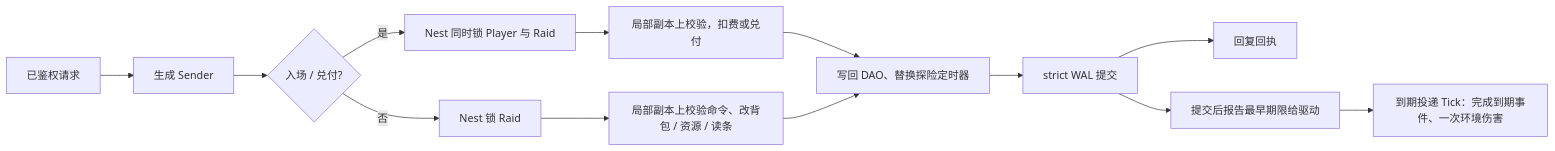
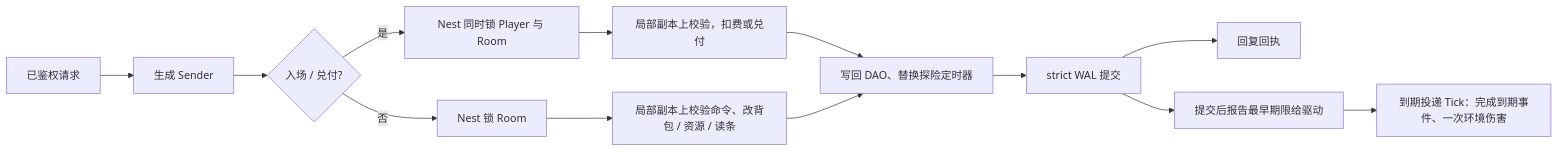
The first of 2 diagrams in docs/framework/SURVIVAL-EXTRACTION-INTEGRATION.md (tjbdwanghaibo/roost-core), drawn with Mermaid before and after one commit. The commit also changed other lines of this file and 33 other files, not shown here.

````diff
--- a/docs/framework/SURVIVAL-EXTRACTION-INTEGRATION.md
+++ b/docs/framework/SURVIVAL-EXTRACTION-INTEGRATION.md
@@ -25,15 +30,15 @@
 ```mermaid
 flowchart LR
     A[已鉴权请求] --> B[生成 Sender]
     B --> C{入场 / 兑付?}
-    C -- 是 --> D[Nest 同时锁 Player 与 Raid]
-    C -- 否 --> E[Nest 锁 Raid]
+    C -- 是 --> D[Nest 同时锁 Player 与 Room]
+    C -- 否 --> E[Nest 锁 Room]
     D --> F[局部副本上校验，扣费或兑付]
     E --> F2[局部副本上校验命令、改背包 / 资源 / 读条]
     F --> G[写回 DAO、替换探险定时器]
     F2 --> G
     G --> H[strict WAL 提交]
     H --> I[回复回执]
     H --> J[提交后报告最早期限给驱动]
     J --> K[到期投递 Tick：完成到期事件、一次环境伤害]
 ```
````
